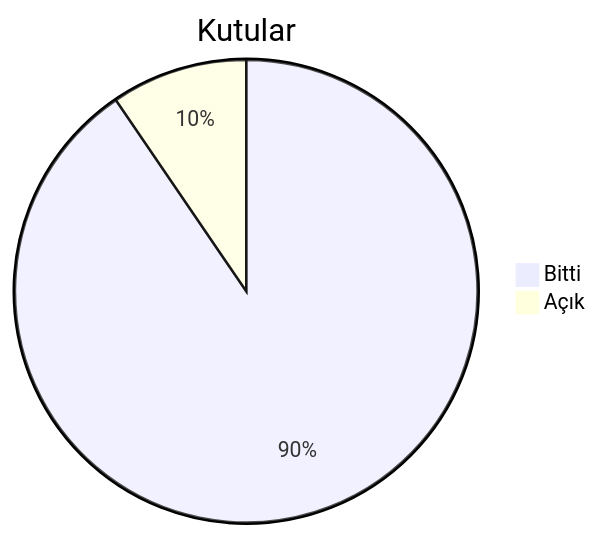
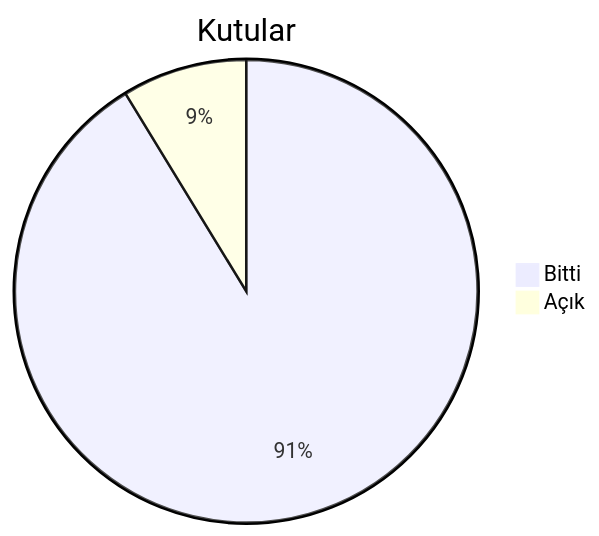
Before and after one commit to dogancanyildiz/kenet: the second of 4 diagrams in docs/roadmap.md, drawn with Mermaid. The commit also changed other lines of this file and 1 other file, not shown here.

Commit message:
docs: Aşama 16 W3 açık ilişkiler kapanışı; karar satırları ve yol haritası (#348)

````diff
--- a/docs/roadmap.md
+++ b/docs/roadmap.md
@@ -46,5 +46,5 @@
 ```mermaid
 pie title Kutular
-    "Bitti" : 114
-    "Açık" : 12
+    "Bitti" : 115
+    "Açık" : 11
 ```
````
